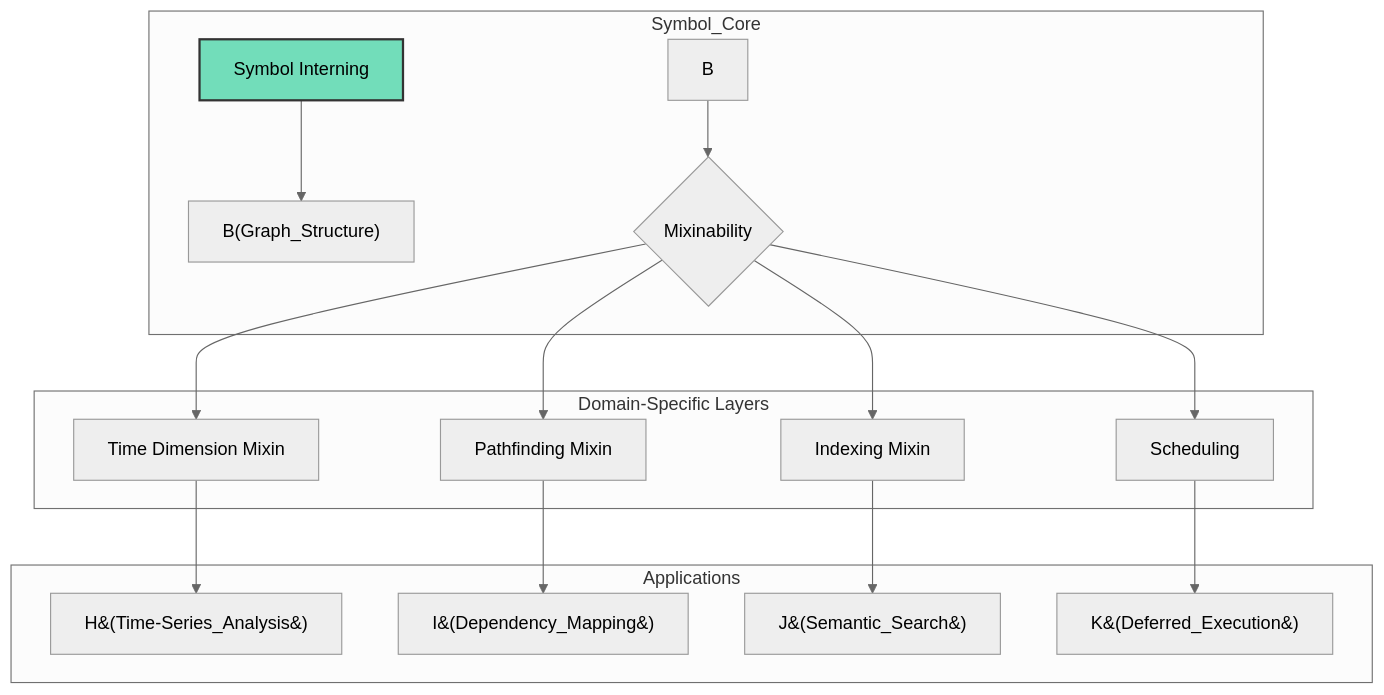
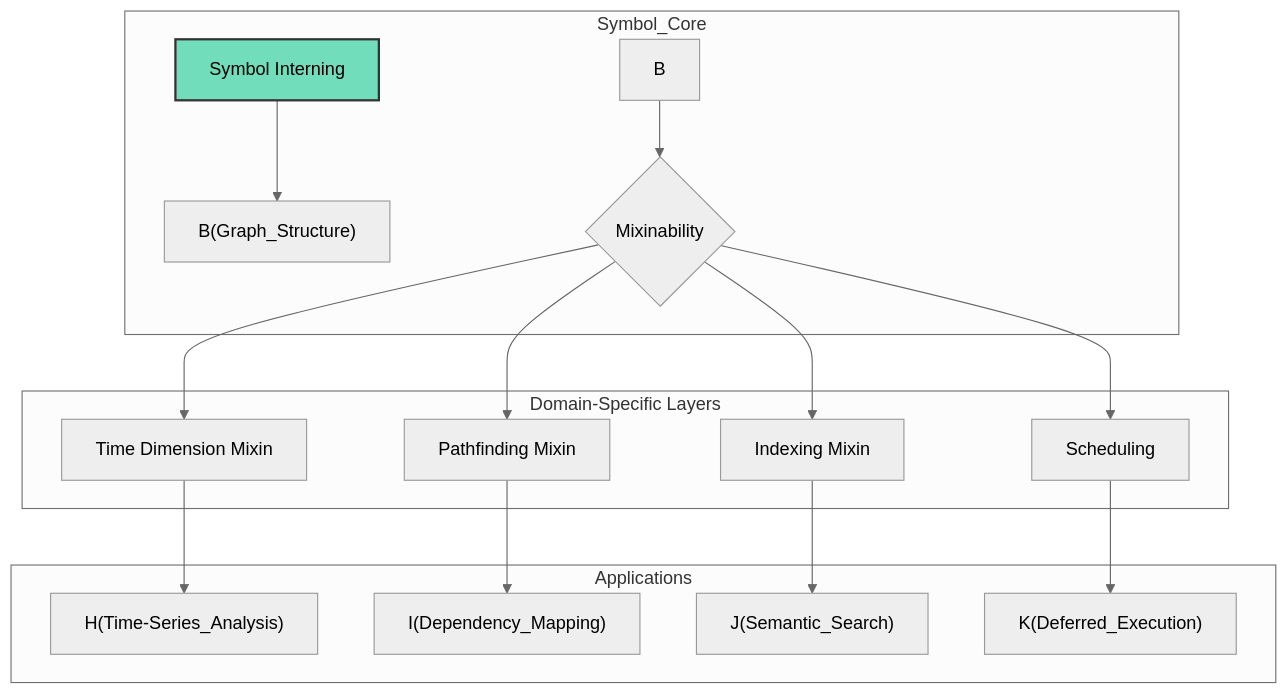
The diagram in docs/1_quick_guide.md (ikko/sym), drawn with Mermaid (neutral theme) before and after one commit. The commit also changed other lines of this file, not shown here.

Commit message:
replaced again more

````diff
--- a/docs/1_quick_guide.md
+++ b/docs/1_quick_guide.md
@@ -79,23 +79,23 @@
 ```mermaid
 graph TD
     subgraph Symbol_Core
         A[Symbol Interning] --> B&#40Graph_Structure&#41
         B --> C{Mixinability}
     end
 
     subgraph Domain-Specific Layers
         C --> D[Time Dimension Mixin]
         C --> E[Pathfinding Mixin]
         C --> F[Indexing Mixin]
         C --> G[Scheduling]
     end
 
     subgraph Applications
-        D --> H&&#40Time-Series_Analysis&&#41
-        E --> I&&#40Dependency_Mapping&&#41
-        F --> J&&#40Semantic_Search&&#41
-        G --> K&&#40Deferred_Execution&&#41
+        D --> H&#40Time-Series_Analysis&#41
+        E --> I&#40Dependency_Mapping&#41
+        F --> J&#40Semantic_Search&#41
+        G --> K&#40Deferred_Execution&#41
     end
 
     style A fill:#72ddba,stroke:#333,stroke-width:2px,color:#000000
 ```
````
